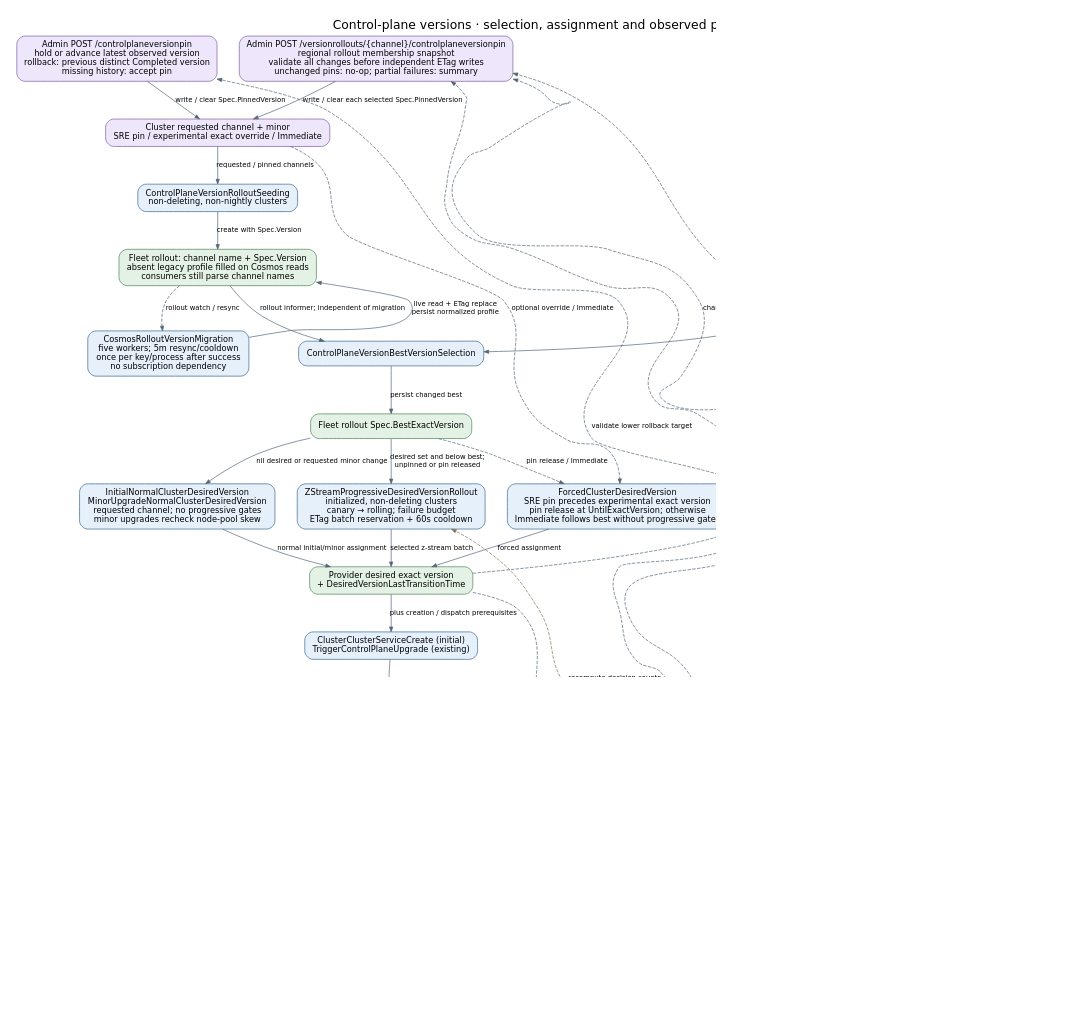
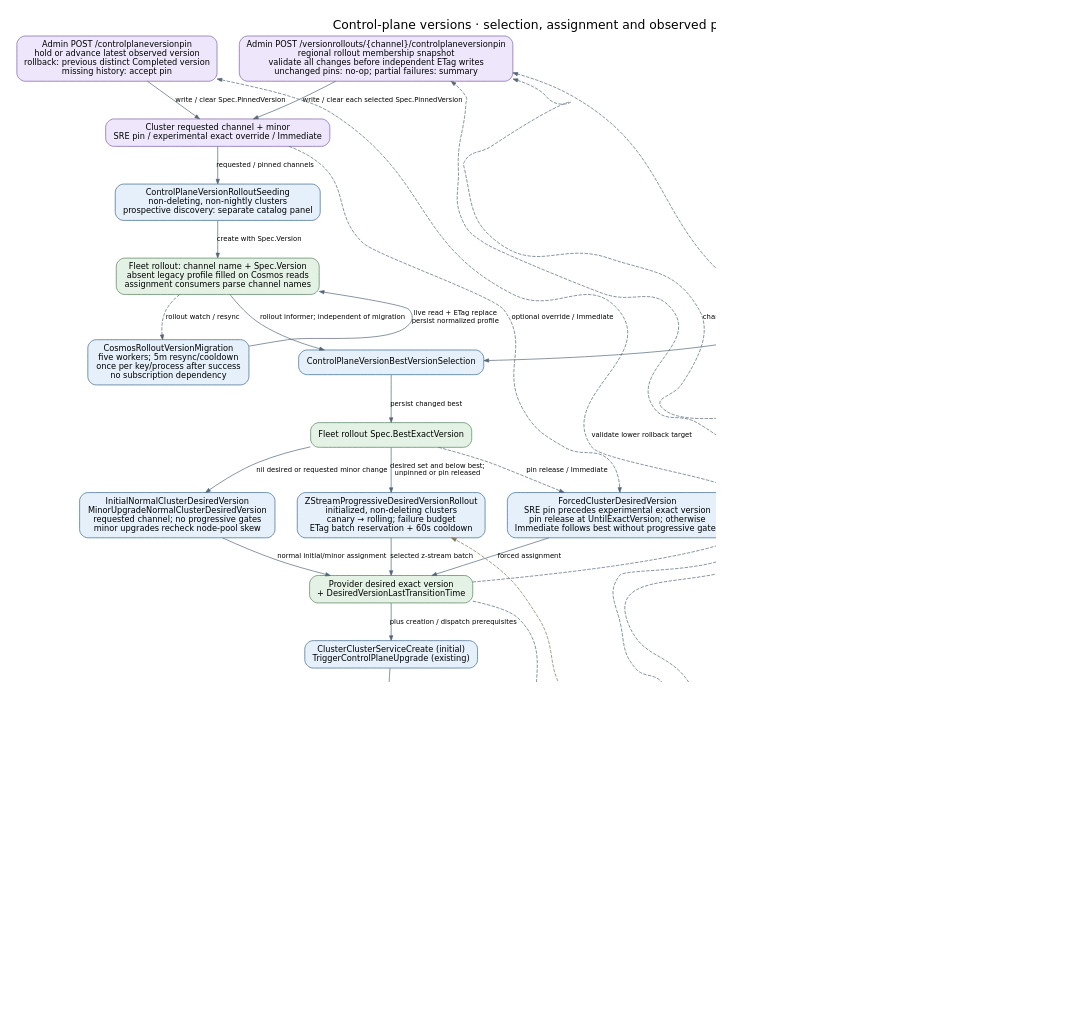
One commit to Azure/ARO-HCP changed the diagram in docs/generated/diagrams/controller-flows/control-plane-version-rollout.dot. Above: the diagram before and after it, drawn with Graphviz. The commit also changed 14 other files, not shown here.

Commit message:
docs: sync generated controller and resource flows

```diff
--- a/docs/generated/diagrams/controller-flows/control-plane-version-rollout.dot
+++ b/docs/generated/diagrams/controller-flows/control-plane-version-rollout.dot
@@ -1,54 +1,54 @@
 digraph control_plane_version_rollout {
   graph [rankdir=TB, bgcolor="white", pad="0.3", nodesep="0.45", ranksep="0.6", fontname="DejaVu Sans", fontsize=18, labelloc=t, label="Control-plane versions · selection, assignment and observed progress", dpi=110];
   node [shape=box, style="rounded,filled", fillcolor="#e6f0fa", color="#35648a", fontname="DejaVu Sans", fontsize=12, margin="0.16,0.10"];
   edge [color="#536577", fontname="DejaVu Sans", fontsize=10, arrowsize=0.7];
   request [label="Cluster requested channel + minor\nSRE pin / experimental exact override / Immediate", fillcolor="#eee7fb", color="#7b59a4"];
   pin [label="Admin POST /controlplaneversionpin\nhold or advance latest observed version\nrollback: previous distinct Completed version\nmissing history: accept pin", fillcolor="#eee7fb", color="#7b59a4"];
   fleetpin [label="Admin POST /versionrollouts/{channel}/controlplaneversionpin\nregional rollout membership snapshot\nvalidate all changes before independent ETag writes\nunchanged pins: no-op; partial failures: summary", fillcolor="#eee7fb", color="#7b59a4"];
   actual [label="ActualHostedCluster controller\n→ provider Status.ControlPlaneVersionHistory\nfull observed control-plane history"];
-  seed [label="ControlPlaneVersionRolloutSeeding\nnon-deleting, non-nightly clusters"];
-  rollout [label="Fleet rollout: channel name + Spec.Version\nabsent legacy profile filled on Cosmos reads\nconsumers still parse channel names", fillcolor="#e4f2e5", color="#4c8053"];
+  seed [label="ControlPlaneVersionRolloutSeeding\nnon-deleting, non-nightly clusters\nprospective discovery: separate catalog panel"];
+  rollout [label="Fleet rollout: channel name + Spec.Version\nabsent legacy profile filled on Cosmos reads\nassignment consumers parse channel names", fillcolor="#e4f2e5", color="#4c8053"];
   migration [label="CosmosRolloutVersionMigration\nfive workers; 5m resync/cooldown\nonce per key/process after success\nno subscription dependency"];
   best [label="ControlPlaneVersionBestVersionSelection"];
   updategraph [label="OpenShift update graph\nstable offset 1; other channels offset 0\nrecency only; risk filtering is a follow-up", fillcolor="#fff0da", color="#b27624"];
   target [label="Fleet rollout Spec.BestExactVersion", fillcolor="#e4f2e5", color="#4c8053"];
   initial [label="InitialNormalClusterDesiredVersion\nMinorUpgradeNormalClusterDesiredVersion\nrequested channel; no progressive gates\nminor upgrades recheck node-pool skew"];
   normal [label="ZStreamProgressiveDesiredVersionRollout\ninitialized, non-deleting clusters\ncanary → rolling; failure budget\nETag batch reservation + 60s cooldown"];
   forced [label="ForcedClusterDesiredVersion\nSRE pin precedes experimental exact version\npin release at UntilExactVersion; otherwise\nImmediate follows best without progressive gates"];
   desired [label="Provider desired exact version\n+ DesiredVersionLastTransitionTime", fillcolor="#e4f2e5", color="#4c8053"];
   dispatch [label="ClusterClusterServiceCreate (initial)\nTriggerControlPlaneUpgrade (existing)"];
   external [label="Cluster Service / Maestro / HyperShift\nexternal control-plane convergence", fillcolor="#fff0da", color="#b27624"];
   observe [label="ReadDesireKubernetesController\n→ ControlPlaneActiveVersions"];
   history [label="Provider active versions + transition times\nCompleted entry confirms achieved version", fillcolor="#e4f2e5", color="#4c8053"];
-  status [label="ControlPlaneVersionStatusCollector\nexclude missing / deleting clusters\naggregate counts; no assignments"];
+  status [label="ControlPlaneVersionStatusCollector\nupgrade maps exclude missing / deleting clusters\nreference count INCLUDES deletion; see catalog panel"];
   counts [label="Fleet status: desired / mismatched / failed\nachieved / successful\nsuccess age > 1h; mismatch timeout > 2h default", fillcolor="#e4f2e5", color="#4c8053"];
   request -> seed [label="requested / pinned channels"];
   pin -> request [label="write / clear Spec.PinnedVersion"];
   fleetpin -> request [label="write / clear each selected Spec.PinnedVersion"];
   actual -> fleetpin [label="validate changed rollback pins", style=dashed, constraint=false];
   desired -> fleetpin [label="channel membership", style=dashed, constraint=false];
   history -> fleetpin [label="membership fallback only", style=dashed, constraint=false];
   seed -> rollout [label="create with Spec.Version"];
   rollout -> best [label="rollout informer; independent of migration"];
   rollout -> migration [label="rollout watch / resync", style=dashed];
   migration -> rollout [label="live read + ETag replace\npersist normalized profile", constraint=false];
   updategraph -> best [label="selectable version + configured floor"];
   best -> target [label="persist changed best"];
   target -> initial [label="nil desired or requested minor change"];
   target -> normal [label="desired set and below best;\nunpinned or pin released"];
   target -> forced [label="pin release / Immediate", style=dashed];
   request -> forced [label="optional override / Immediate", style=dashed, constraint=false];
   initial -> desired [label="normal initial/minor assignment"];
   normal -> desired [label="selected z-stream batch"];
   forced -> desired [label="forced assignment"];
   desired -> dispatch [label="plus creation / dispatch prerequisites"];
   dispatch -> external [label="POST cluster or submit upgrade policy"];
   external -> observe [label="mirrored HostedCluster history"];
   external -> actual [label="ReadDesire HostedCluster mirror", style=dashed];
   actual -> pin [label="validate lower rollback target", style=dashed, constraint=false];
   observe -> history [label="record observed state"];
   history -> status [label="completed version + age"];
   desired -> status [label="membership + target + age", style=dashed, constraint=false];
-  status -> counts [label="persist only changed aggregates"];
+  status -> counts [label="persist changed counts + reference inventory"];
   history -> normal [label="recompute decision counts\nfrom provider snapshot", style=dashed, color="#857456", constraint=false];
 }
```
